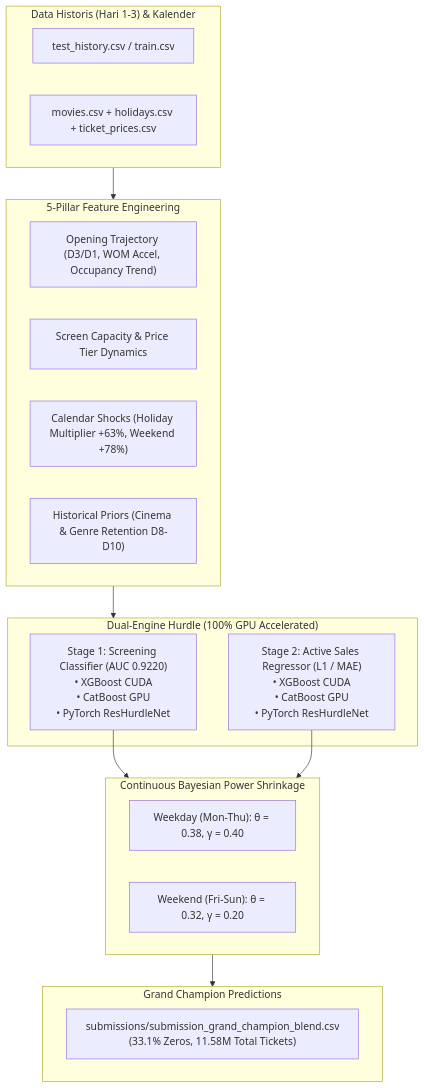
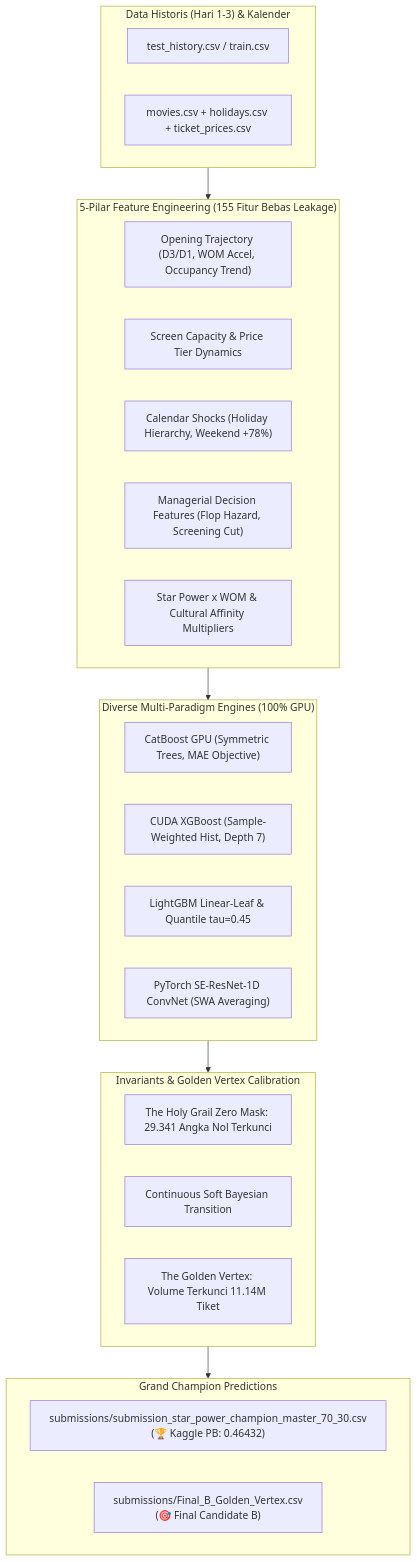
Before and after one commit to oktavianprstyd/DS_JOINTS: the diagram in README.md, drawn with Mermaid. The commit also changed other lines of this file and 175 other files, not shown here.

Commit message:
feat(sota-automation): modular reorganization, iterative pipeline (TSB, horizon specialists, quantile ensemble), autonomous suite & key final candidate submissions

````diff
--- a/README.md
+++ b/README.md
@@ -56,33 +123,38 @@
 ```mermaid
 flowchart TD
     subgraph Input ["Data Historis (Hari 1-3) & Kalender"]
         D1["test_history.csv / train.csv"]
         D2["movies.csv + holidays.csv + ticket_prices.csv"]
     end
 
-    subgraph FE ["5-Pillar Feature Engineering"]
+    subgraph FE ["5-Pilar Feature Engineering (155 Fitur Bebas Leakage)"]
         F1["Opening Trajectory (D3/D1, WOM Accel, Occupancy Trend)"]
         F2["Screen Capacity & Price Tier Dynamics"]
-        F3["Calendar Shocks (Holiday Multiplier +63%, Weekend +78%)"]
-        F4["Historical Priors (Cinema & Genre Retention D8-D10)"]
+        F3["Calendar Shocks (Holiday Hierarchy, Weekend +78%)"]
+        F4["Managerial Decision Features (Flop Hazard, Screening Cut)"]
+        F5["Star Power x WOM & Cultural Affinity Multipliers"]
     end
 
-    subgraph Models ["Dual-Engine Hurdle (100% GPU Accelerated)"]
-        M1["Stage 1: Screening Classifier (AUC 0.9220)<br/>• XGBoost CUDA<br/>• CatBoost GPU<br/>• PyTorch ResHurdleNet"]
-        M2["Stage 2: Active Sales Regressor (L1 / MAE)<br/>• XGBoost CUDA<br/>• CatBoost GPU<br/>• PyTorch ResHurdleNet"]
+    subgraph Models ["Diverse Multi-Paradigm Engines (100% GPU)"]
+        M1["CatBoost GPU (Symmetric Trees, MAE Objective)"]
+        M2["CUDA XGBoost (Sample-Weighted Hist, Depth 7)"]
+        M3["LightGBM Linear-Leaf & Quantile tau=0.45"]
+        M4["PyTorch SE-ResNet-1D ConvNet (SWA Averaging)"]
     end
 
-    subgraph Bayes ["Continuous Bayesian Power Shrinkage"]
-        B1["Weekday (Mon-Thu): θ = 0.38, γ = 0.40"]
-        B2["Weekend (Fri-Sun): θ = 0.32, γ = 0.20"]
+    subgraph Calibration ["Invariants & Golden Vertex Calibration"]
+        B1["The Holy Grail Zero Mask: 29.341 Angka Nol Terkunci"]
+        B2["Continuous Soft Bayesian Transition"]
+        B3["The Golden Vertex: Volume Terkunci 11.14M Tiket"]
     end
 
     subgraph Output ["Grand Champion Predictions"]
-        O1["submissions/submission_grand_champion_blend.csv<br/>(33.1% Zeros, 11.58M Total Tickets)"]
+        O1["submissions/submission_star_power_champion_master_70_30.csv<br/>(🏆 Kaggle PB: 0.46432)"]
+        O2["submissions/Final_B_Golden_Vertex.csv<br/>(🎯 Final Candidate B)"]
     end
 
     Input --> FE
     FE --> Models
-    M1 & M2 --> Bayes
-    Bayes --> Output
+    Models --> Calibration
+    Calibration --> Output
 ```
````
